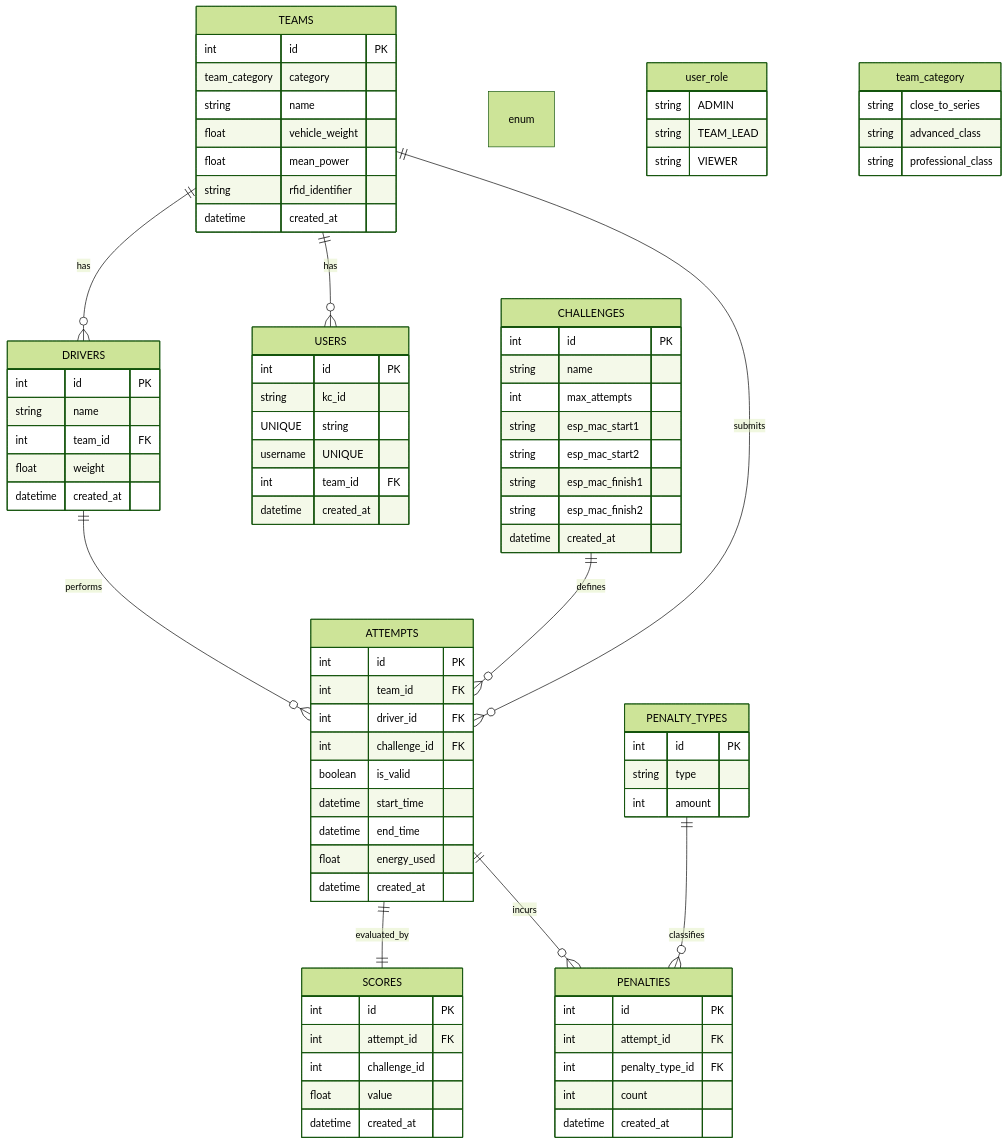
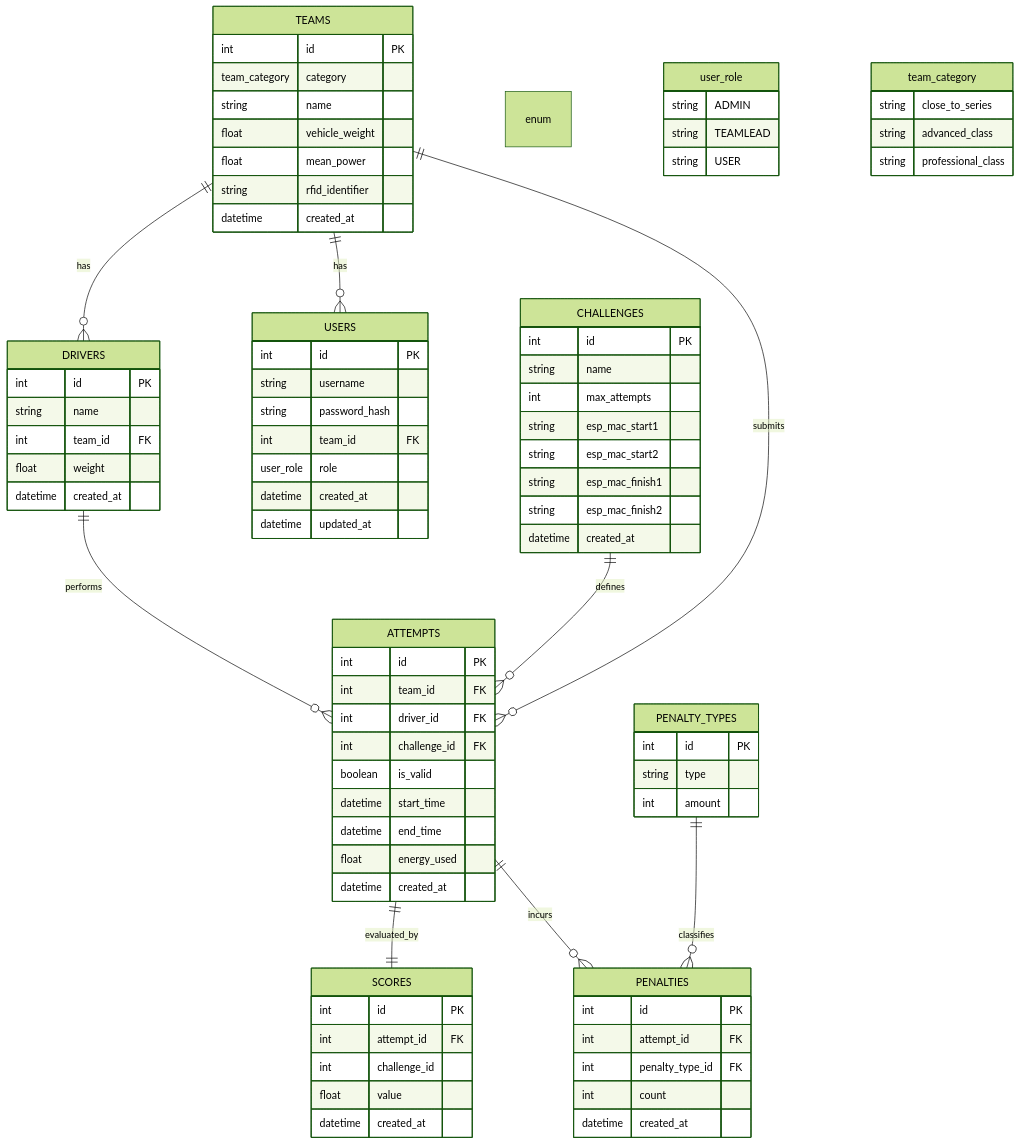
One commit to Gluraki/ZECxtend changed the diagram in docs/architecture/database-schema.md. Above: the diagram before and after it, drawn with Mermaid (forest theme). The commit also changed 8 other files, not shown here.

```diff
--- a/docs/architecture/database-schema.md
+++ b/docs/architecture/database-schema.md
@@ -2,10 +2,12 @@
 erDiagram
     USERS {
         int id PK
-        string kc_id UNIQUE
-        string username UNIQUE
+        string username
+        string password_hash
         int team_id FK
+        user_role role
         datetime created_at
+        datetime updated_at
     }
 
     TEAMS {
@@ -82,8 +84,8 @@
 
     enum user_role {
         string ADMIN
-        string TEAM_LEAD
-        string VIEWER
+        string TEAMLEAD
+        string USER
     }
 
     enum team_category {
```
